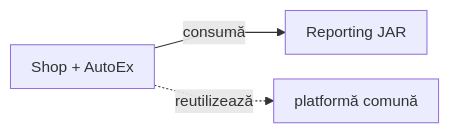
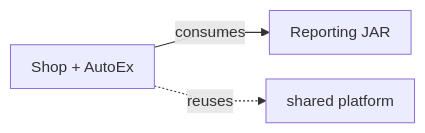
Before and after one commit to crististefanita/atf_j1: the second of 7 diagrams in README.md, drawn with Mermaid. The commit also changed other lines of this file and 83 other files, not shown here.

````diff
--- a/README.md
+++ b/README.md
@@ -122,10 +127,10 @@
 ```mermaid
 %%{init: {"themeVariables":{"fontSize":"15px"},"themeCSS":".nodeLabel, .nodeLabel p { font-size: 15px !important; line-height: 1.35 !important; } .edgeLabel, .edgeLabel p { font-size: 12px !important; font-weight: 400 !important; line-height: 1.2 !important; } .edgeLabel .labelBkg, .edgeLabel p { background: transparent !important; } .edgeLabel foreignObject { transform: translateY(-18px); overflow: visible; } .node rect { rx: 6px; ry: 6px; }","flowchart":{"curve":"linear","nodeSpacing":24,"rankSpacing":40,"padding":10,"diagramPadding":16}}}%%
 flowchart LR
     Consumers[Shop + AutoEx]
     Reporting["Reporting JAR"]
-    Platform[platformă comună]
+    Platform[shared platform]
 
-    Consumers -->|consumă| Reporting
-    Consumers -.->|reutilizează| Platform
+    Consumers -->|consumes| Reporting
+    Consumers -.->|reuses| Platform
 ```
````
